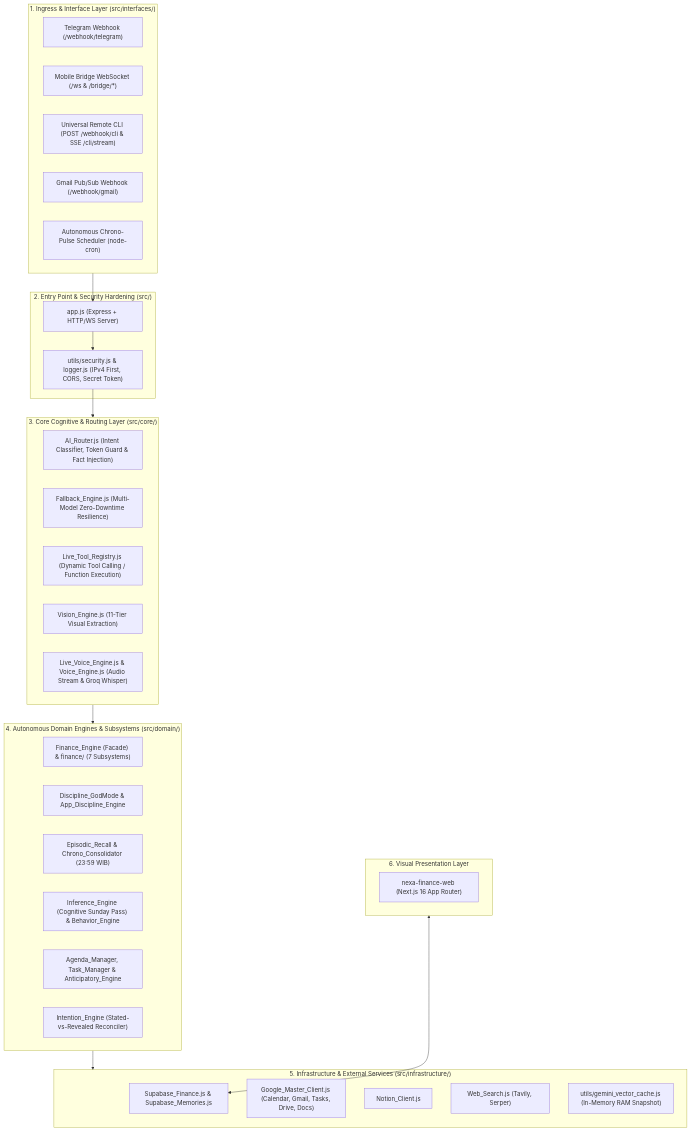
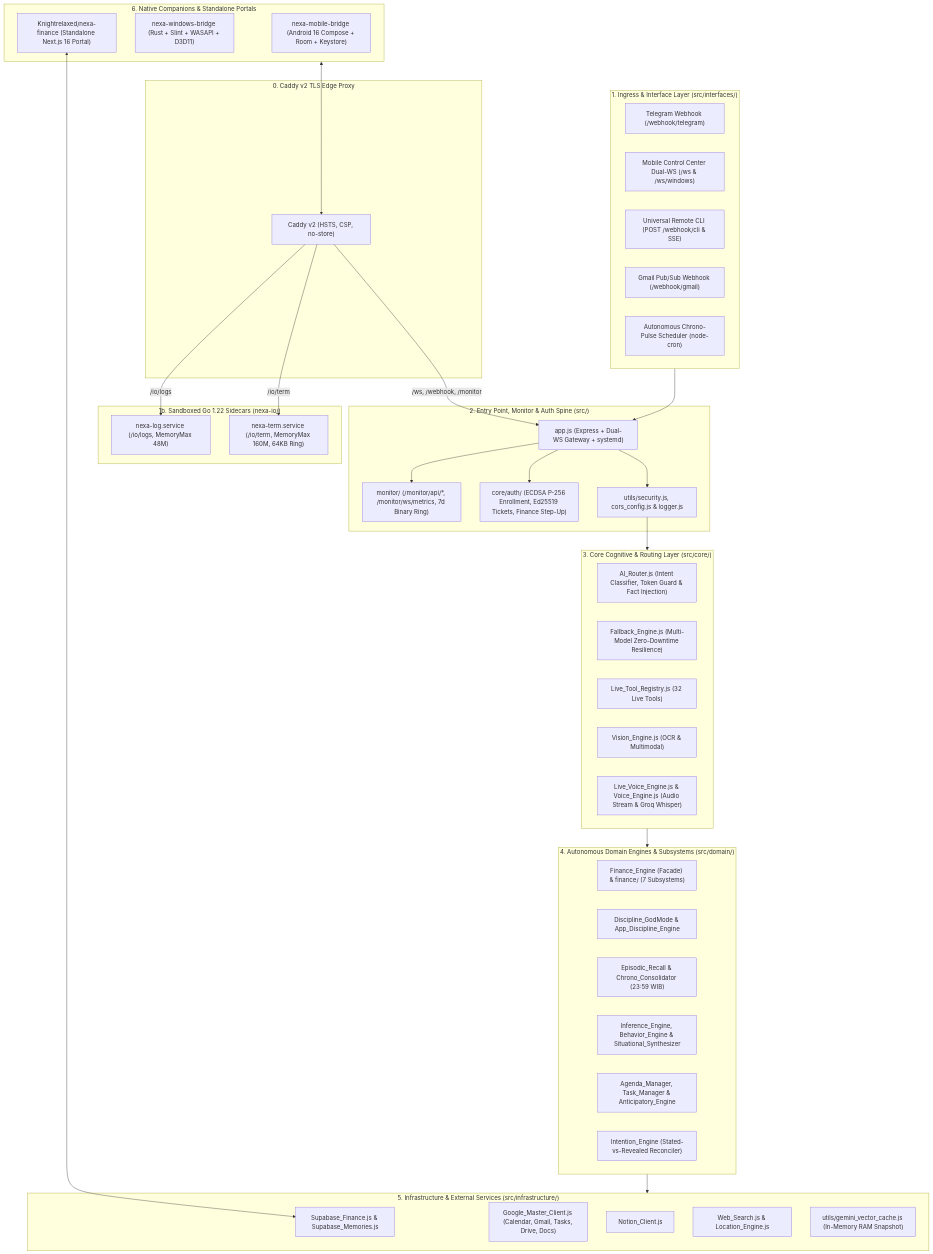
One commit to Knightrelaxed/nexa-server changed the first of 14 diagrams in docs/NEXA_Whitepaper.md. Above: the diagram before and after it, drawn with Mermaid. The commit also changed other lines of this file and 9 other files, not shown here.

Commit message:
chore(release): bump N.E.X.A Server to v4.0.0 and update architecture docs

````diff
--- a/docs/NEXA_Whitepaper.md
+++ b/docs/NEXA_Whitepaper.md
@@ -395,51 +395,70 @@
 ```mermaid
 flowchart TD
+    subgraph Edge["0. Caddy v2 TLS Edge Proxy"]
+        CADDY["Caddy v2 (HSTS, CSP, no-store)"]
+    end
+
     subgraph Ingress["1. Ingress & Interface Layer (src/interfaces/)"]
         TG["Telegram Webhook (/webhook/telegram)"]
-        MB["Mobile Bridge WebSocket (/ws & /bridge/*)"]
-        CLI_IN["Universal Remote CLI (POST /webhook/cli & SSE /cli/stream)"]
+        MB["Mobile Control Center Dual-WS (/ws & /ws/windows)"]
+        CLI_IN["Universal Remote CLI (POST /webhook/cli & SSE)"]
         GMAIL_IN["Gmail Pub/Sub Webhook (/webhook/gmail)"]
         CRON["Autonomous Chrono-Pulse Scheduler (node-cron)"]
     end
 
-    subgraph Entry["2. Entry Point & Security Hardening (src/)"]
-        APP["app.js (Express + HTTP/WS Server)"]
-        SEC["utils/security.js & logger.js (IPv4 First, CORS, Secret Token)"]
+    subgraph Sidecars["1b. Sandboxed Go 1.22 Sidecars (nexa-io/)"]
+        LOGS_IO["nexa-log.service (/io/logs, MemoryMax 48M)"]
+        TERM_IO["nexa-term.service (/io/term, MemoryMax 160M, 64KB Ring)"]
+    end
+
+    subgraph Entry["2. Entry Point, Monitor & Auth Spine (src/)"]
+        APP["app.js (Express + Dual-WS Gateway + systemd)"]
+        MON["monitor/ (/monitor/api/*, /monitor/ws/metrics, 7d Binary Ring)"]
+        AUTH["core/auth/ (ECDSA P-256 Enrollment, Ed25519 Tickets, Finance Step-Up)"]
+        SEC["utils/security.js, cors_config.js & logger.js"]
     end
 
     subgraph CoreBrain["3. Core Cognitive & Routing Layer (src/core/)"]
         AIR["AI_Router.js (Intent Classifier, Token Guard & Fact Injection)"]
         FBE["Fallback_Engine.js (Multi-Model Zero-Downtime Resilience)"]
-        TR["Live_Tool_Registry.js (Dynamic Tool Calling / Function Execution)"]
-        VE["Vision_Engine.js (11-Tier Visual Extraction)"]
+        TR["Live_Tool_Registry.js (32 Live Tools)"]
+        VE["Vision_Engine.js (OCR & Multimodal)"]
         VOICE["Live_Voice_Engine.js & Voice_Engine.js (Audio Stream & Groq Whisper)"]
     end
 
     subgraph DomainLogic["4. Autonomous Domain Engines & Subsystems (src/domain/)"]
         FIN["Finance_Engine (Facade) & finance/ (7 Subsystems)"]
         DISC["Discipline_GodMode & App_Discipline_Engine"]
         MEM["Episodic_Recall & Chrono_Consolidator (23:59 WIB)"]
-        INF["Inference_Engine (Cognitive Sunday Pass) & Behavior_Engine"]
+        INF["Inference_Engine, Behavior_Engine & Situational_Synthesizer"]
         PLAN["Agenda_Manager, Task_Manager & Anticipatory_Engine"]
         INT["Intention_Engine (Stated-vs-Revealed Reconciler)"]
     end
 
     subgraph InfraLayer["5. Infrastructure & External Services (src/infrastructure/)"]
         SUPA["Supabase_Finance.js & Supabase_Memories.js"]
         GMC["Google_Master_Client.js (Calendar, Gmail, Tasks, Drive, Docs)"]
         NOTION_C["Notion_Client.js"]
-        SEARCH_C["Web_Search.js (Tavily, Serper)"]
+        SEARCH_C["Web_Search.js & Location_Engine.js"]
         VEC_CACHE["utils/gemini_vector_cache.js (In-Memory RAM Snapshot)"]
     end
 
-    subgraph FrontendUI["6. Visual Presentation Layer"]
-        NFW["nexa-finance-web (Next.js 16 App Router)"]
+    subgraph Companions["6. Native Companions & Standalone Portals"]
+        AND["nexa-mobile-bridge (Android 16 Compose + Room + Keystore)"]
+        WIN["nexa-windows-bridge (Rust + Slint + WASAPI + D3D11)"]
+        NFW["Knightrelaxed/nexa-finance (Standalone Next.js 16 Portal)"]
     end
 
+    CADDY -->|/ws, /webhook, /monitor| APP
+    CADDY -->|/io/logs| LOGS_IO
+    CADDY -->|/io/term| TERM_IO
     Ingress --> APP
+    APP --> MON
+    APP --> AUTH
     APP --> SEC
     SEC --> CoreBrain
     CoreBrain --> DomainLogic
     DomainLogic --> InfraLayer
-    FrontendUI <--> SUPA
+    Companions <--> CADDY
+    NFW <--> SUPA
 ```
````
